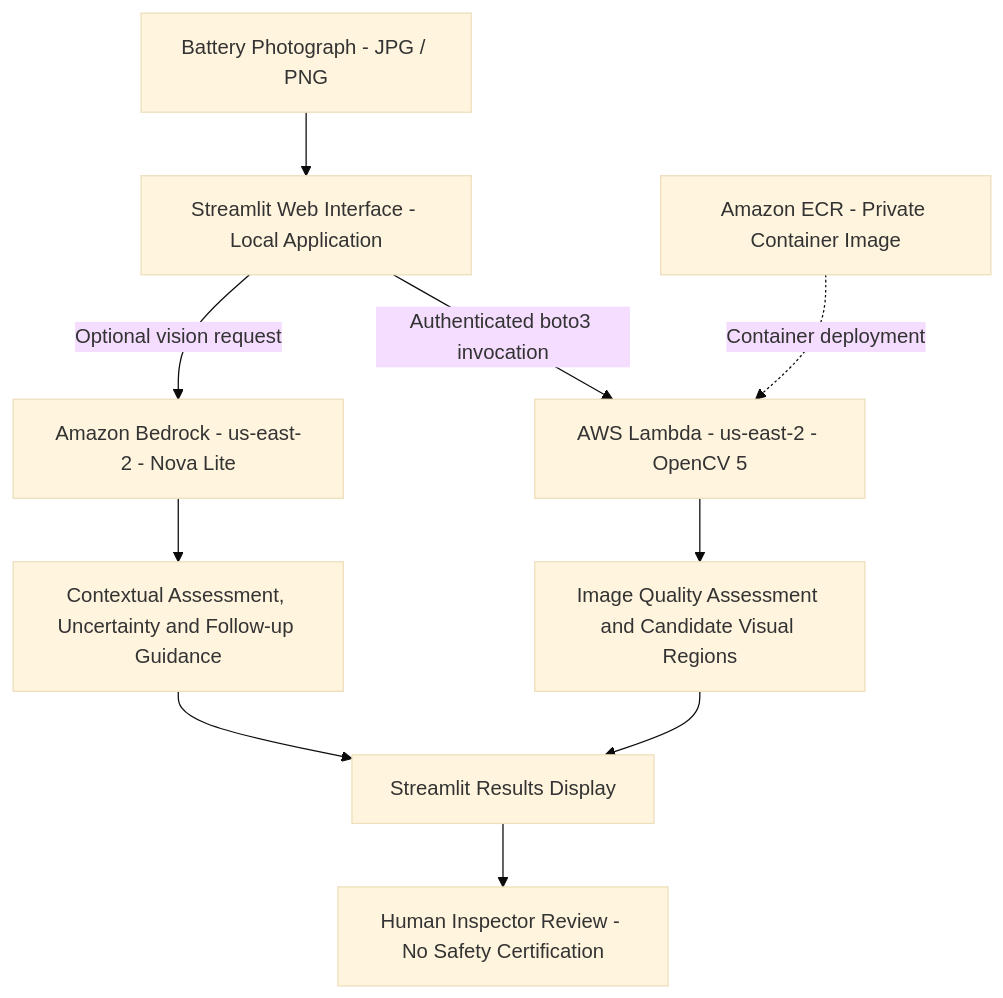
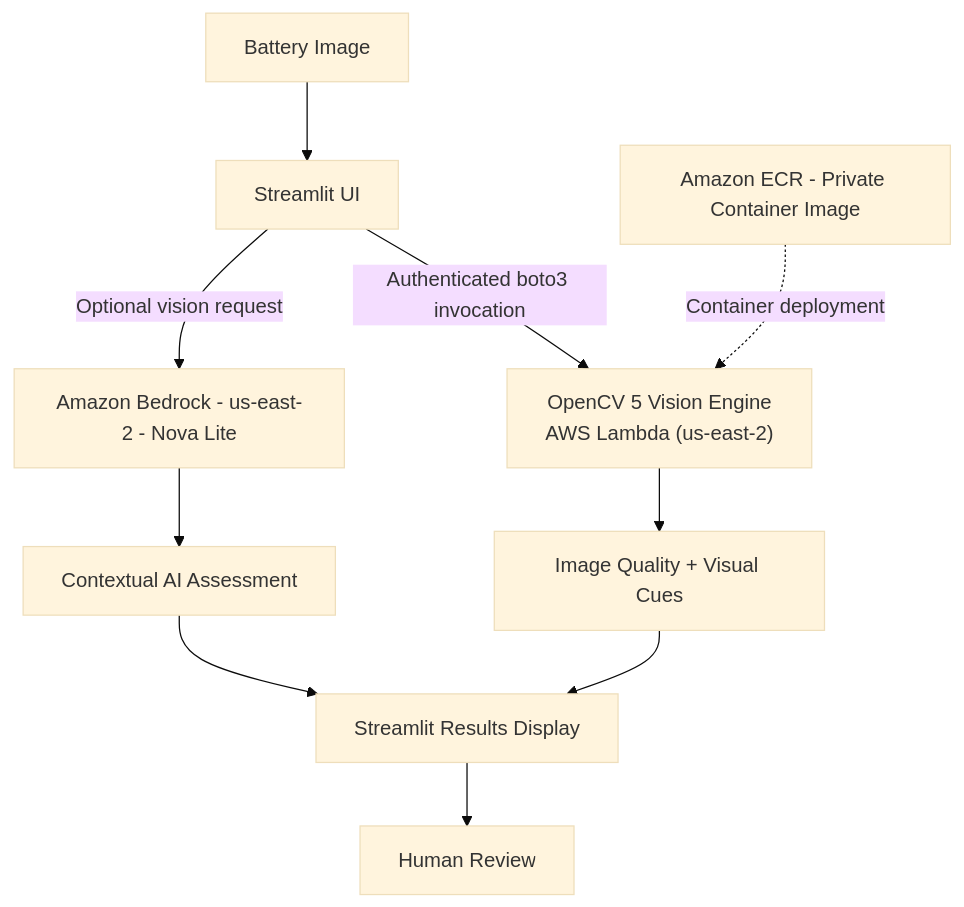
One commit to binvin/BatteryGuard-Vision changed the diagram in ARCHITECTURE.md. Above: the diagram before and after it, drawn with Mermaid (base theme).

````diff
--- a/ARCHITECTURE.md
+++ b/ARCHITECTURE.md
@@ -13,20 +13,21 @@
 ```mermaid
 flowchart TD
-    A["Battery Photograph - JPG / PNG"]
-    B["Streamlit Web Interface - Local Application"]
+    A["Battery Image"]
+    B["Streamlit UI"]
 
     A --> B
 
-    B -->|"Authenticated boto3 invocation"| C["AWS Lambda - us-east-2 - OpenCV 5"]
+    B -->|"Authenticated boto3 invocation"| C["OpenCV 5 Vision Engine
+AWS Lambda (us-east-2)"]
     B -->|"Optional vision request"| D["Amazon Bedrock - us-east-2 - Nova Lite"]
 
     E["Amazon ECR - Private Container Image"] -.->|"Container deployment"| C
 
-    C --> F["Image Quality Assessment and Candidate Visual Regions"]
-    D --> G["Contextual Assessment, Uncertainty and Follow-up Guidance"]
+    C --> F["Image Quality + Visual Cues"]
+    D --> G["Contextual AI Assessment"]
 
     F --> H["Streamlit Results Display"]
     G --> H
 
-    H --> I["Human Inspector Review - No Safety Certification"]
+    H --> I["Human Review"]
 ```
````
